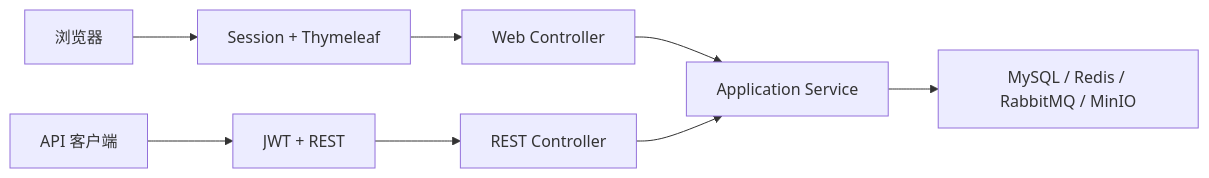
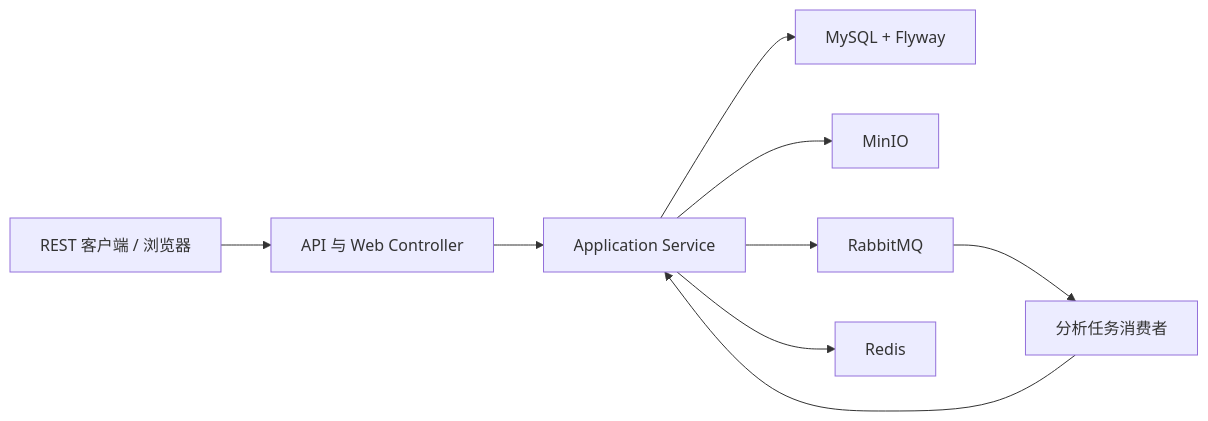
One commit to comi-master/track-evaluation-platform changed the diagram in README.md. Above: the diagram before and after it, drawn with Mermaid. The commit also changed other lines of this file and 60 other files, not shown here.

````diff
--- a/README.md
+++ b/README.md
@@ -89,10 +28,11 @@
 ```mermaid
 flowchart LR
-  B[浏览器] --> S[Session + Thymeleaf]
-  S --> WC[Web Controller]
-  A[API 客户端] --> J[JWT + REST]
-  J --> RC[REST Controller]
-  WC --> AS[Application Service]
-  RC --> AS
-  AS --> I[MySQL / Redis / RabbitMQ / MinIO]
+  Client["REST 客户端 / 浏览器"] --> API["API 与 Web Controller"]
+  API --> App["Application Service"]
+  App --> DB["MySQL + Flyway"]
+  App --> Object["MinIO"]
+  App --> Queue["RabbitMQ"]
+  App --> Cache["Redis"]
+  Queue --> Worker["分析任务消费者"]
+  Worker --> App
 ```
````
